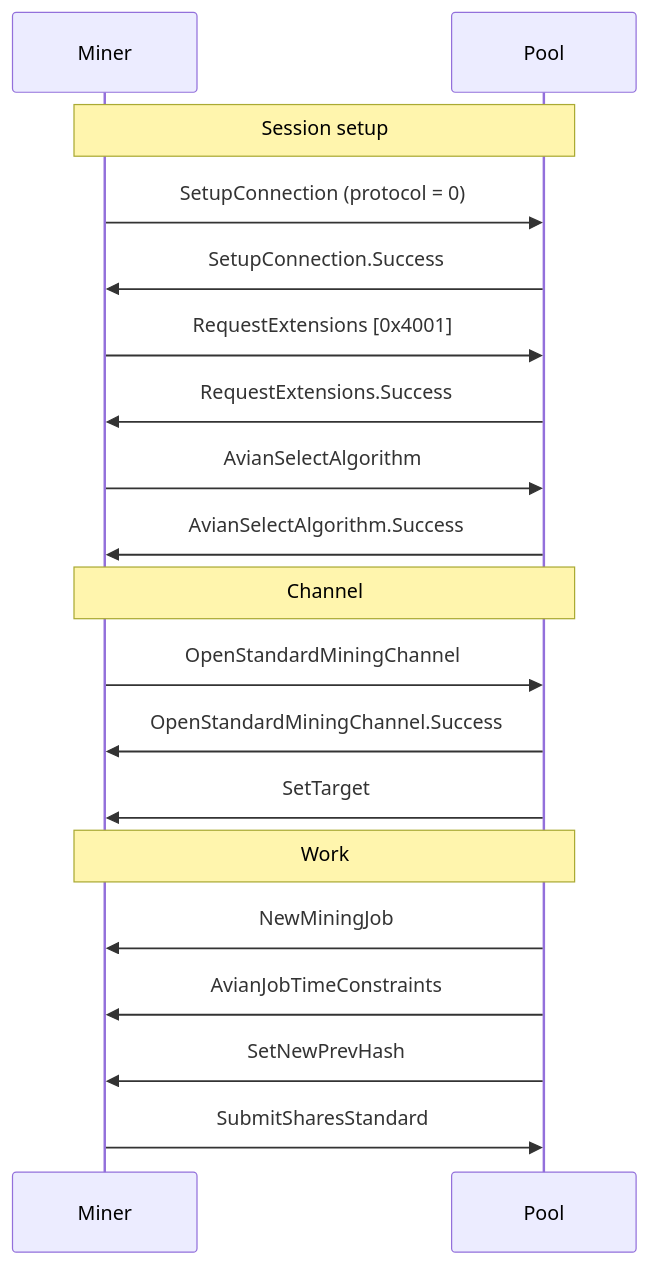
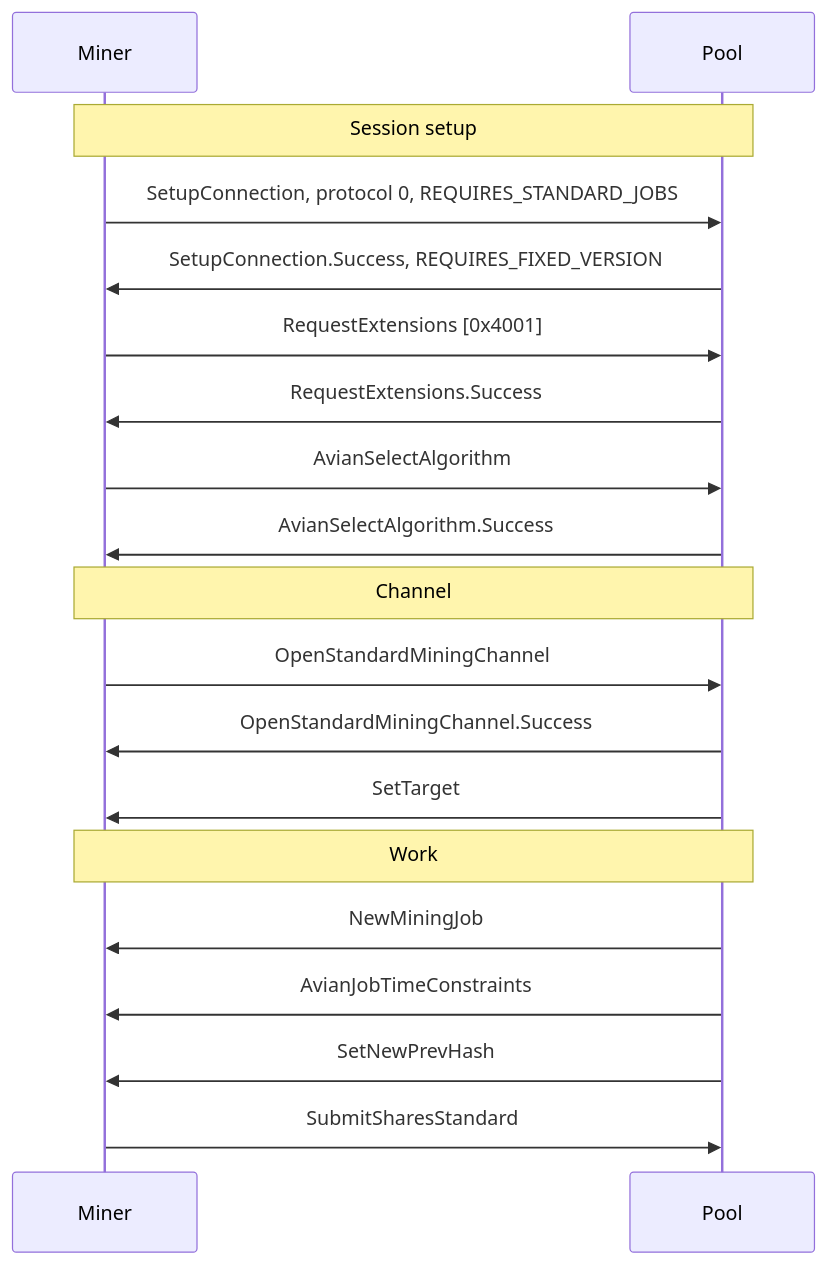
Before and after one commit to AvianNetwork/Avian: the second of 3 diagrams in doc/sv2.md, drawn with Mermaid. The commit also changed other lines of this file, not shown here.

First line of the commit message:
doc: correct which side sets the version-rolling flags

````diff
--- a/doc/sv2.md
+++ b/doc/sv2.md
@@ -302,24 +302,24 @@
 ```mermaid
 sequenceDiagram
     participant W as Miner
     participant P as Pool
 
     Note over W,P: Session setup
-    W->>P: SetupConnection (protocol = 0)
-    P->>W: SetupConnection.Success
+    W->>P: SetupConnection, protocol 0, REQUIRES_STANDARD_JOBS
+    P->>W: SetupConnection.Success, REQUIRES_FIXED_VERSION
     W->>P: RequestExtensions [0x4001]
     P->>W: RequestExtensions.Success
     W->>P: AvianSelectAlgorithm
     P->>W: AvianSelectAlgorithm.Success
 
     Note over W,P: Channel
     W->>P: OpenStandardMiningChannel
     P->>W: OpenStandardMiningChannel.Success
     P->>W: SetTarget
 
     Note over W,P: Work
     P->>W: NewMiningJob
     P->>W: AvianJobTimeConstraints
     P->>W: SetNewPrevHash
     W->>P: SubmitSharesStandard
 ```
````
